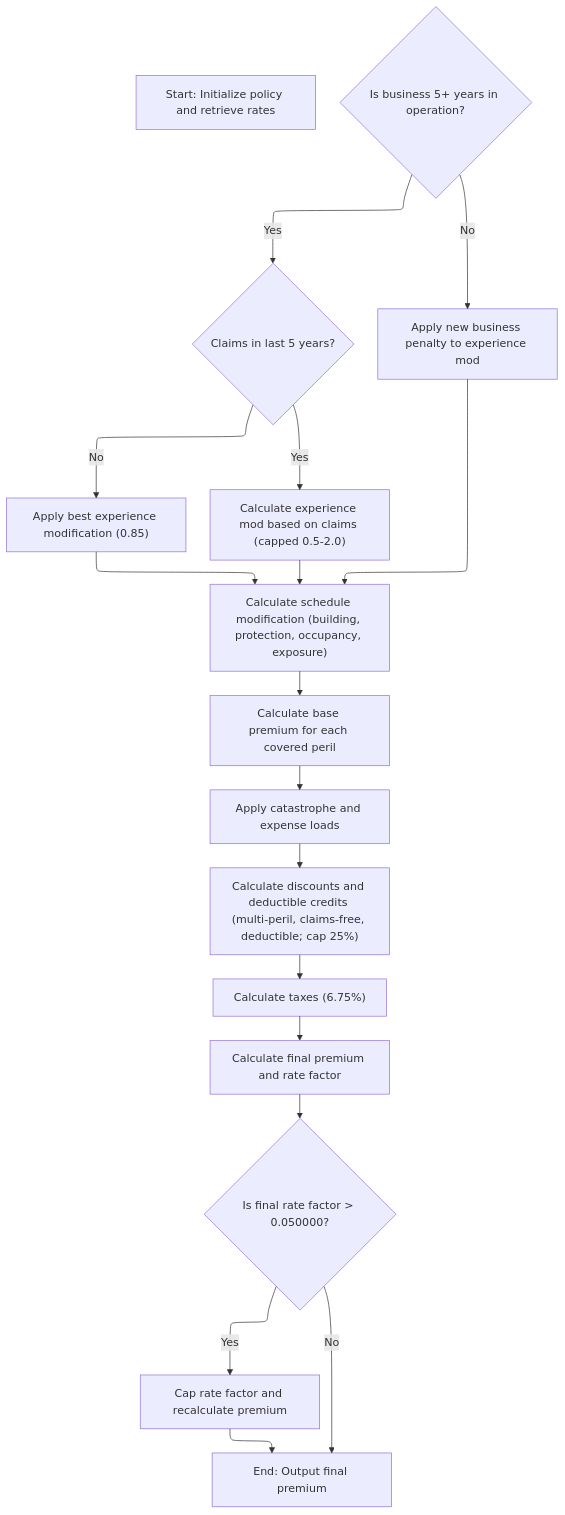
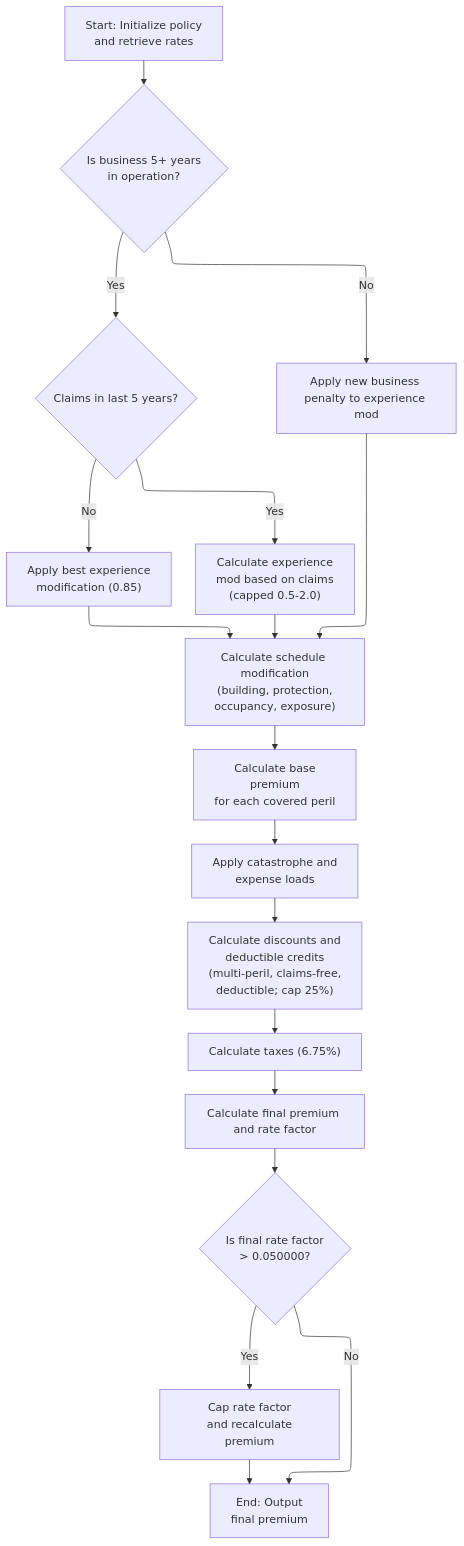
Before and after one commit to Swimm-Demo/kyndryl-cics-genapp: diagram 12 of 14 in .swm/insurance-policy-processing-and-premium-calculation.t96is.sw.md, drawn with Mermaid. The commit also changed other lines of this file, not shown here.

Commit message:
Newlines

````diff
--- a/.swm/insurance-policy-processing-and-premium-calculation.t96is.sw.md
+++ b/.swm/insurance-policy-processing-and-premium-calculation.t96is.sw.md
@@ -1269,36 +1300,53 @@
 ```mermaid
 %%{init: {"flowchart": {"defaultRenderer": "elk"}} }%%
 flowchart TD
-    node1["Start: Initialize policy and retrieve rates"]
+    node1["Start: Initialize policy 
+and retrieve rates"] --> node2
     click node1 openCode "base/src/LGAPDB04.cbl:139:141"
-    node2{"Is business 5+ years in operation?"}
+    node2{"Is business 5+ years 
+in operation?"}
     click node2 openCode "base/src/LGAPDB04.cbl:237:257"
     node2 -->|"Yes"| node3{"Claims in last 5 years?"}
-    node2 -->|"No"| node5["Apply new business penalty to experience mod"]
+    node2 -->|"No"| node5["Apply new business 
+penalty to experience mod"]
     click node5 openCode "base/src/LGAPDB04.cbl:255:256"
-    node3 -->|"No"| node4["Apply best experience modification (0.85)"]
+    node3 -->|"No"| node4["Apply best experience
+ modification (0.85)"]
     click node4 openCode "base/src/LGAPDB04.cbl:239:240"
-    node3 -->|"Yes"| node6["Calculate experience mod based on claims (capped 0.5-2.0)"]
+    node3 -->|"Yes"| node6["Calculate experience
+ mod based on claims
+ (capped 0.5-2.0)"]
     click node6 openCode "base/src/LGAPDB04.cbl:241:252"
-    node4 --> node7["Calculate schedule modification (building, protection, occupancy, exposure)"]
+    node4 --> node7["Calculate schedule modification
+ (building, protection, 
+occupancy, exposure)"]
     click node7 openCode "base/src/LGAPDB04.cbl:260:316"
     node6 --> node7
     node5 --> node7
-    node7 --> node8["Calculate base premium for each covered peril"]
+    node7 --> node8["Calculate base 
+premium 
+for each covered peril"]
     click node8 openCode "base/src/LGAPDB04.cbl:318:367"
-    node8 --> node9["Apply catastrophe and expense loads"]
+    node8 --> node9["Apply catastrophe and 
+expense loads"]
     click node9 openCode "base/src/LGAPDB04.cbl:145:147"
-    node9 --> node10["Calculate discounts and deductible credits (multi-peril, claims-free, deductible; cap 25%)"]
+    node9 --> node10["Calculate discounts and 
+deductible credits
+ (multi-peril, claims-free, 
+deductible; cap 25%)"]
     click node10 openCode "base/src/LGAPDB04.cbl:407:454"
     node10 --> node11["Calculate taxes (6.75%)"]
     click node11 openCode "base/src/LGAPDB04.cbl:456:462"
     node11 --> node12["Calculate final premium and rate factor"]
     click node12 openCode "base/src/LGAPDB04.cbl:464:472"
-    node12 --> node13{"Is final rate factor > 0.050000?"}
+    node12 --> node13{"Is final rate factor
+ > 0.050000?"}
     click node13 openCode "base/src/LGAPDB04.cbl:473:477"
-    node13 -->|"Yes"| node14["Cap rate factor and recalculate premium"]
+    node13 -->|"Yes"| node14["Cap rate factor
+ and recalculate premium"]
     click node14 openCode "base/src/LGAPDB04.cbl:474:477"
-    node13 -->|"No"| node15["End: Output final premium"]
+    node13 -->|"No"| node15["End: Output
+ final premium"]
     click node15 openCode "base/src/LGAPDB04.cbl:150:150"
     node14 --> node15
 classDef HeadingStyle fill:#777777,stroke:#333,stroke-width:2px;
@@ -1306,36 +1354,53 @@
 %% Swimm:
 %% %%{init: {"flowchart": {"defaultRenderer": "elk"}} }%%
 %% flowchart TD
-%%     node1["Start: Initialize policy and retrieve rates"]
+%%     node1["Start: Initialize policy 
+%% and retrieve rates"] --> node2
 %%     click node1 openCode "<SwmPath repo-id="Z2l0aHViJTNBJTNBa3luZHJ5bC1jaWNzLWdlbmFwcCUzQSUzQVN3aW1tLURlbW8=" repo-name="kyndryl-cics-genapp" path="/base/src/LGAPDB04.cbl">`(kyndryl-cics-genapp) base/src/LGAPDB04.cbl`</SwmPath>:139:141"
-%%     node2{"Is business 5+ years in operation?"}
+%%     node2{"Is business 5+ years 
+%% in operation?"}
 %%     click node2 openCode "<SwmPath repo-id="Z2l0aHViJTNBJTNBa3luZHJ5bC1jaWNzLWdlbmFwcCUzQSUzQVN3aW1tLURlbW8=" repo-name="kyndryl-cics-genapp" path="/base/src/LGAPDB04.cbl">`(kyndryl-cics-genapp) base/src/LGAPDB04.cbl`</SwmPath>:237:257"
 %%     node2 -->|"Yes"| node3{"Claims in last 5 years?"}
-%%     node2 -->|"No"| node5["Apply new business penalty to experience mod"]
+%%     node2 -->|"No"| node5["Apply new business 
+%% penalty to experience mod"]
 %%     click node5 openCode "<SwmPath repo-id="Z2l0aHViJTNBJTNBa3luZHJ5bC1jaWNzLWdlbmFwcCUzQSUzQVN3aW1tLURlbW8=" repo-name="kyndryl-cics-genapp" path="/base/src/LGAPDB04.cbl">`(kyndryl-cics-genapp) base/src/LGAPDB04.cbl`</SwmPath>:255:256"
-%%     node3 -->|"No"| node4["Apply best experience modification (0.85)"]
+%%     node3 -->|"No"| node4["Apply best experience
+%%  modification (0.85)"]
 %%     click node4 openCode "<SwmPath repo-id="Z2l0aHViJTNBJTNBa3luZHJ5bC1jaWNzLWdlbmFwcCUzQSUzQVN3aW1tLURlbW8=" repo-name="kyndryl-cics-genapp" path="/base/src/LGAPDB04.cbl">`(kyndryl-cics-genapp) base/src/LGAPDB04.cbl`</SwmPath>:239:240"
-%%     node3 -->|"Yes"| node6["Calculate experience mod based on claims (capped 0.5-2.0)"]
+%%     node3 -->|"Yes"| node6["Calculate experience
+%%  mod based on claims
+%%  (capped 0.5-2.0)"]
 %%     click node6 openCode "<SwmPath repo-id="Z2l0aHViJTNBJTNBa3luZHJ5bC1jaWNzLWdlbmFwcCUzQSUzQVN3aW1tLURlbW8=" repo-name="kyndryl-cics-genapp" path="/base/src/LGAPDB04.cbl">`(kyndryl-cics-genapp) base/src/LGAPDB04.cbl`</SwmPath>:241:252"
-%%     node4 --> node7["Calculate schedule modification (building, protection, occupancy, exposure)"]
+%%     node4 --> node7["Calculate schedule modification
+%%  (building, protection, 
+%% occupancy, exposure)"]
 %%     click node7 openCode "<SwmPath repo-id="Z2l0aHViJTNBJTNBa3luZHJ5bC1jaWNzLWdlbmFwcCUzQSUzQVN3aW1tLURlbW8=" repo-name="kyndryl-cics-genapp" path="/base/src/LGAPDB04.cbl">`(kyndryl-cics-genapp) base/src/LGAPDB04.cbl`</SwmPath>:260:316"
 %%     node6 --> node7
 %%     node5 --> node7
-%%     node7 --> node8["Calculate base premium for each covered peril"]
+%%     node7 --> node8["Calculate base 
+%% premium 
+%% for each covered peril"]
 %%     click node8 openCode "<SwmPath repo-id="Z2l0aHViJTNBJTNBa3luZHJ5bC1jaWNzLWdlbmFwcCUzQSUzQVN3aW1tLURlbW8=" repo-name="kyndryl-cics-genapp" path="/base/src/LGAPDB04.cbl">`(kyndryl-cics-genapp) base/src/LGAPDB04.cbl`</SwmPath>:318:367"
-%%     node8 --> node9["Apply catastrophe and expense loads"]
+%%     node8 --> node9["Apply catastrophe and 
+%% expense loads"]
 %%     click node9 openCode "<SwmPath repo-id="Z2l0aHViJTNBJTNBa3luZHJ5bC1jaWNzLWdlbmFwcCUzQSUzQVN3aW1tLURlbW8=" repo-name="kyndryl-cics-genapp" path="/base/src/LGAPDB04.cbl">`(kyndryl-cics-genapp) base/src/LGAPDB04.cbl`</SwmPath>:145:147"
-%%     node9 --> node10["Calculate discounts and deductible credits (multi-peril, claims-free, deductible; cap 25%)"]
+%%     node9 --> node10["Calculate discounts and 
+%% deductible credits
+%%  (multi-peril, claims-free, 
+%% deductible; cap 25%)"]
 %%     click node10 openCode "<SwmPath repo-id="Z2l0aHViJTNBJTNBa3luZHJ5bC1jaWNzLWdlbmFwcCUzQSUzQVN3aW1tLURlbW8=" repo-name="kyndryl-cics-genapp" path="/base/src/LGAPDB04.cbl">`(kyndryl-cics-genapp) base/src/LGAPDB04.cbl`</SwmPath>:407:454"
 %%     node10 --> node11["Calculate taxes (6.75%)"]
 %%     click node11 openCode "<SwmPath repo-id="Z2l0aHViJTNBJTNBa3luZHJ5bC1jaWNzLWdlbmFwcCUzQSUzQVN3aW1tLURlbW8=" repo-name="kyndryl-cics-genapp" path="/base/src/LGAPDB04.cbl">`(kyndryl-cics-genapp) base/src/LGAPDB04.cbl`</SwmPath>:456:462"
 %%     node11 --> node12["Calculate final premium and rate factor"]
 %%     click node12 openCode "<SwmPath repo-id="Z2l0aHViJTNBJTNBa3luZHJ5bC1jaWNzLWdlbmFwcCUzQSUzQVN3aW1tLURlbW8=" repo-name="kyndryl-cics-genapp" path="/base/src/LGAPDB04.cbl">`(kyndryl-cics-genapp) base/src/LGAPDB04.cbl`</SwmPath>:464:472"
-%%     node12 --> node13{"Is final rate factor > <SwmToken path="/base/src/P999.cpy" pos="11:13:15" line-data="           IF LK-FINAL-RATE-FACTOR &gt; 0.050000" repo-id="Z2l0aHViJTNBJTNBa3luZHJ5bC1jaWNzLWdlbmFwcCUzQSUzQVN3aW1tLURlbW8=" repo-name="kyndryl-cics-genapp">`0.050000`</SwmToken>?"}
+%%     node12 --> node13{"Is final rate factor
+%%  > <SwmToken path="/base/src/P999.cpy" pos="11:13:15" line-data="           IF LK-FINAL-RATE-FACTOR &gt; 0.050000" repo-id="Z2l0aHViJTNBJTNBa3luZHJ5bC1jaWNzLWdlbmFwcCUzQSUzQVN3aW1tLURlbW8=" repo-name="kyndryl-cics-genapp">`0.050000`</SwmToken>?"}
 %%     click node13 openCode "<SwmPath repo-id="Z2l0aHViJTNBJTNBa3luZHJ5bC1jaWNzLWdlbmFwcCUzQSUzQVN3aW1tLURlbW8=" repo-name="kyndryl-cics-genapp" path="/base/src/LGAPDB04.cbl">`(kyndryl-cics-genapp) base/src/LGAPDB04.cbl`</SwmPath>:473:477"
-%%     node13 -->|"Yes"| node14["Cap rate factor and recalculate premium"]
+%%     node13 -->|"Yes"| node14["Cap rate factor
+%%  and recalculate premium"]
 %%     click node14 openCode "<SwmPath repo-id="Z2l0aHViJTNBJTNBa3luZHJ5bC1jaWNzLWdlbmFwcCUzQSUzQVN3aW1tLURlbW8=" repo-name="kyndryl-cics-genapp" path="/base/src/LGAPDB04.cbl">`(kyndryl-cics-genapp) base/src/LGAPDB04.cbl`</SwmPath>:474:477"
-%%     node13 -->|"No"| node15["End: Output final premium"]
+%%     node13 -->|"No"| node15["End: Output
+%%  final premium"]
 %%     click node15 openCode "<SwmPath repo-id="Z2l0aHViJTNBJTNBa3luZHJ5bC1jaWNzLWdlbmFwcCUzQSUzQVN3aW1tLURlbW8=" repo-name="kyndryl-cics-genapp" path="/base/src/LGAPDB04.cbl">`(kyndryl-cics-genapp) base/src/LGAPDB04.cbl`</SwmPath>:150:150"
 %%     node14 --> node15
 %% classDef HeadingStyle fill:#777777,stroke:#333,stroke-width:2px;
````
